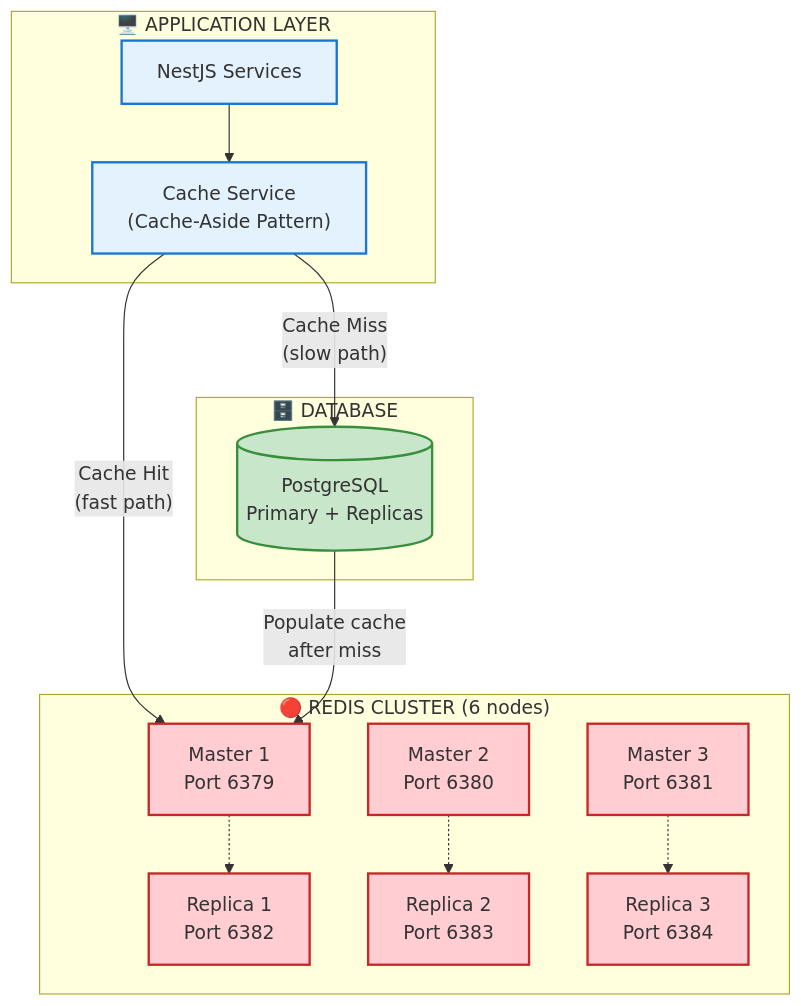
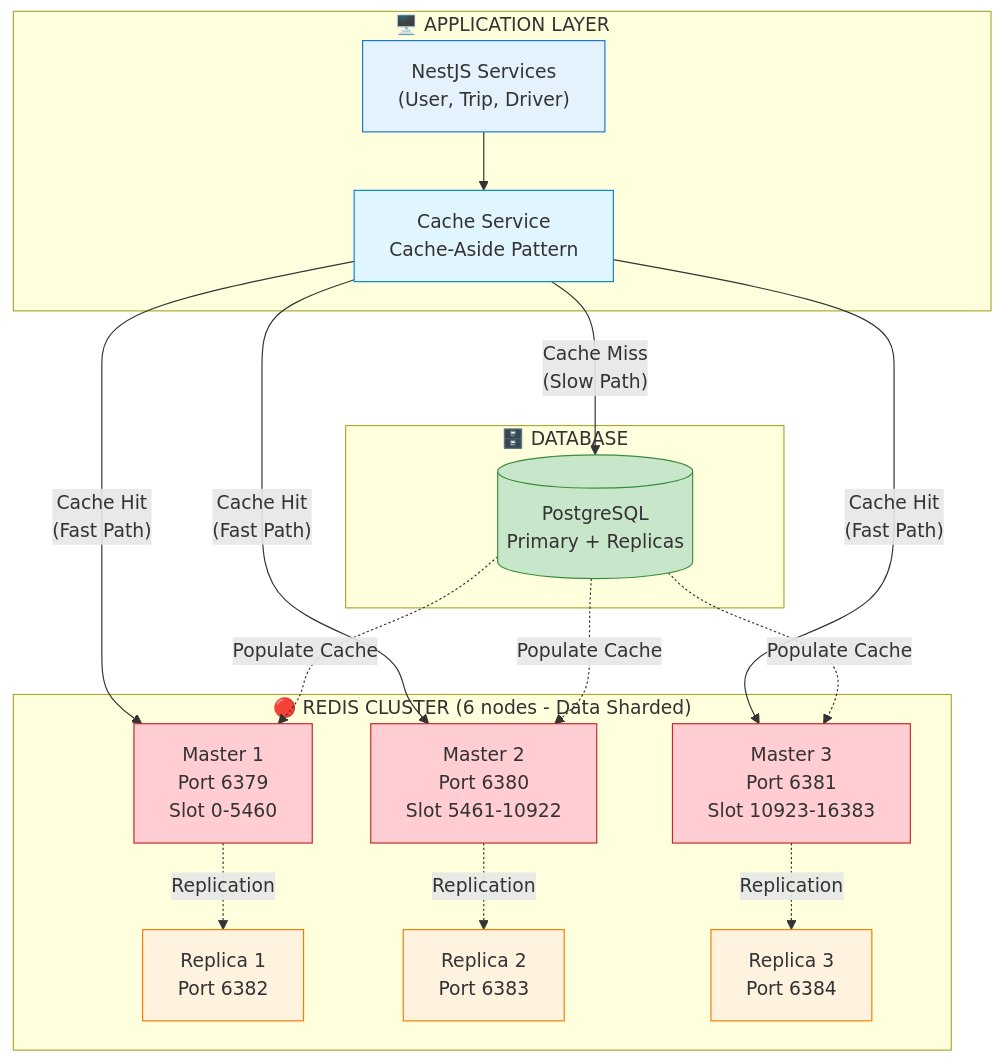
The diagram in Deliverables/ADR/ADR-003-distributed-caching.md (dieuxuanhien/uit-go-se360), drawn with Mermaid before and after one commit. The commit also changed 1 other file, not shown here.

Commit message:
update ADR 3 architecture

````diff
--- a/Deliverables/ADR/ADR-003-distributed-caching.md
+++ b/Deliverables/ADR/ADR-003-distributed-caching.md
@@ -139,37 +139,44 @@
 ```mermaid
 flowchart TB
     subgraph App["🖥️ APPLICATION LAYER"]
-        NestJS["NestJS Services"]
-        CacheService["Cache Service<br>(Cache-Aside Pattern)"]
+        NestJS["NestJS Services<br>(User, Trip, Driver)"]
+        CacheService["Cache Service<br>Cache-Aside Pattern"]
     end
     
-    subgraph RedisCluster["🔴 REDIS CLUSTER (6 nodes)"]
-        M1["Master 1<br>Port 6379"]
-        M2["Master 2<br>Port 6380"]
-        M3["Master 3<br>Port 6381"]
+    subgraph RedisCluster["🔴 REDIS CLUSTER (6 nodes - Data Sharded)"]
+        M1["Master 1<br>Port 6379<br>Slot 0-5460"]
+        M2["Master 2<br>Port 6380<br>Slot 5461-10922"]
+        M3["Master 3<br>Port 6381<br>Slot 10923-16383"]
         R1["Replica 1<br>Port 6382"]
         R2["Replica 2<br>Port 6383"]
         R3["Replica 3<br>Port 6384"]
         
-        M1 -.-> R1
-        M2 -.-> R2
-        M3 -.-> R3
+        M1 -.->|Replication| R1
+        M2 -.->|Replication| R2
+        M3 -.->|Replication| R3
     end
     
     subgraph DB["🗄️ DATABASE"]
         PG[(PostgreSQL<br>Primary + Replicas)]
     end
     
     NestJS --> CacheService
-    CacheService -->|"Cache Hit<br>(fast path)"| M1
-    CacheService -->|"Cache Miss<br>(slow path)"| PG
-    PG -->|"Populate cache<br>after miss"| M1
+    CacheService -->|"Cache Hit<br>(Fast Path)"| M1
+    CacheService -->|"Cache Hit<br>(Fast Path)"| M2
+    CacheService -->|"Cache Hit<br>(Fast Path)"| M3
     
-    classDef appBox fill:#e3f2fd,stroke:#1976d2,stroke-width:2px
-    classDef redisBox fill:#ffcdd2,stroke:#c62828,stroke-width:2px
-    classDef dbBox fill:#c8e6c9,stroke:#388e3c,stroke-width:2px
+    CacheService -->|"Cache Miss<br>(Slow Path)"| PG
+    PG -.->|"Populate Cache"| M1
+    PG -.->|"Populate Cache"| M2
+    PG -.->|"Populate Cache"| M3
     
-    class NestJS,CacheService appBox
-    class M1,M2,M3,R1,R2,R3 redisBox
-    class PG dbBox
+    style NestJS fill:#e3f2fd,stroke:#1976d2
+    style CacheService fill:#e1f5fe,stroke:#0288d1
+    style M1 fill:#ffcdd2,stroke:#c62828
+    style M2 fill:#ffcdd2,stroke:#c62828
+    style M3 fill:#ffcdd2,stroke:#c62828
+    style R1 fill:#fff3e0,stroke:#f57c00
+    style R2 fill:#fff3e0,stroke:#f57c00
+    style R3 fill:#fff3e0,stroke:#f57c00
+    style PG fill:#c8e6c9,stroke:#388e3c
 ```
````
